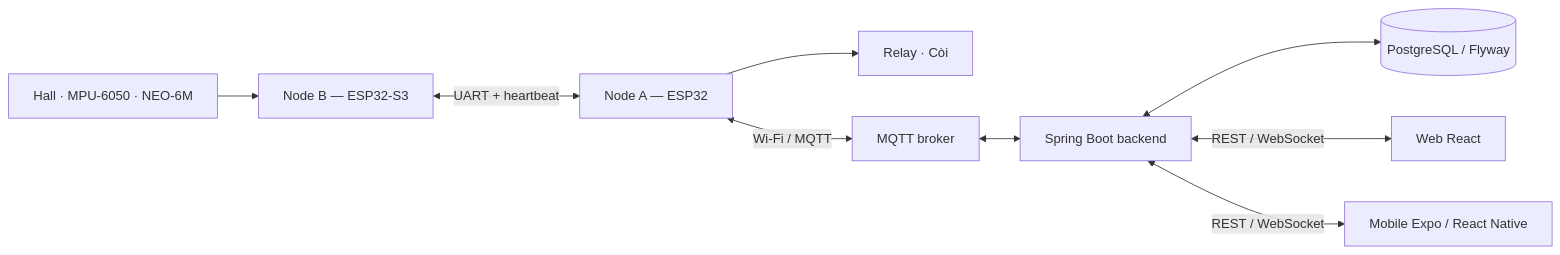
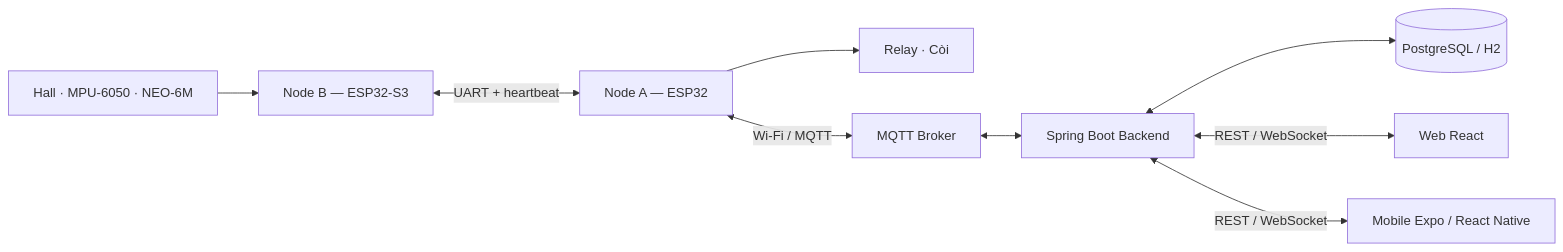
Before and after one commit to hieupham03/smart-motorbike-guardian: the diagram in README.md, drawn with Mermaid. The commit also changed other lines of this file and 37 other files, not shown here.

````diff
--- a/README.md
+++ b/README.md
@@ -18,11 +18,11 @@
 ```mermaid
 flowchart LR
   S[Hall · MPU-6050 · NEO-6M] --> B[Node B — ESP32-S3]
   B <-->|UART + heartbeat| A[Node A — ESP32]
   A --> O[Relay · Còi]
-  A <-->|Wi-Fi / MQTT| M[MQTT broker]
-  M <--> API[Spring Boot backend]
-  API <--> DB[(PostgreSQL / Flyway)]
+  A <-->|Wi-Fi / MQTT| M[MQTT Broker]
+  M <--> API[Spring Boot Backend]
+  API <--> DB[(PostgreSQL / H2)]
   API <-->|REST / WebSocket| W[Web React]
   API <-->|REST / WebSocket| P[Mobile Expo / React Native]
 ```
````
